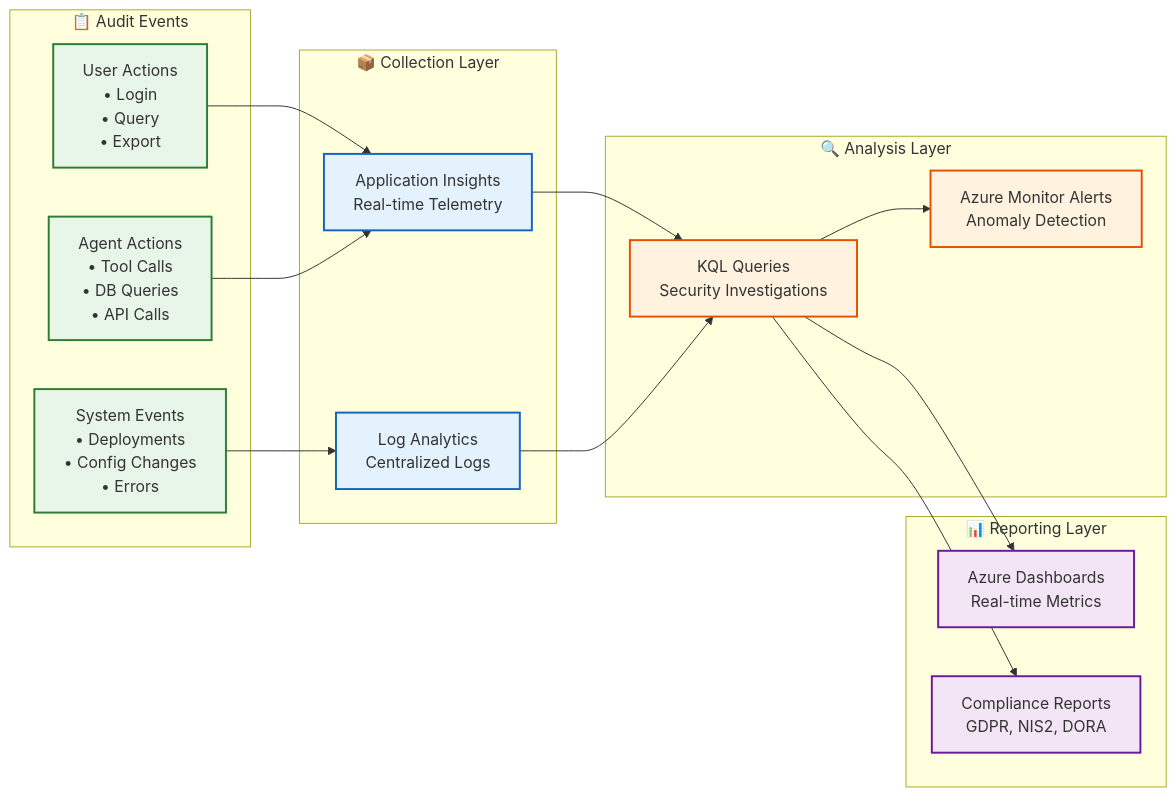
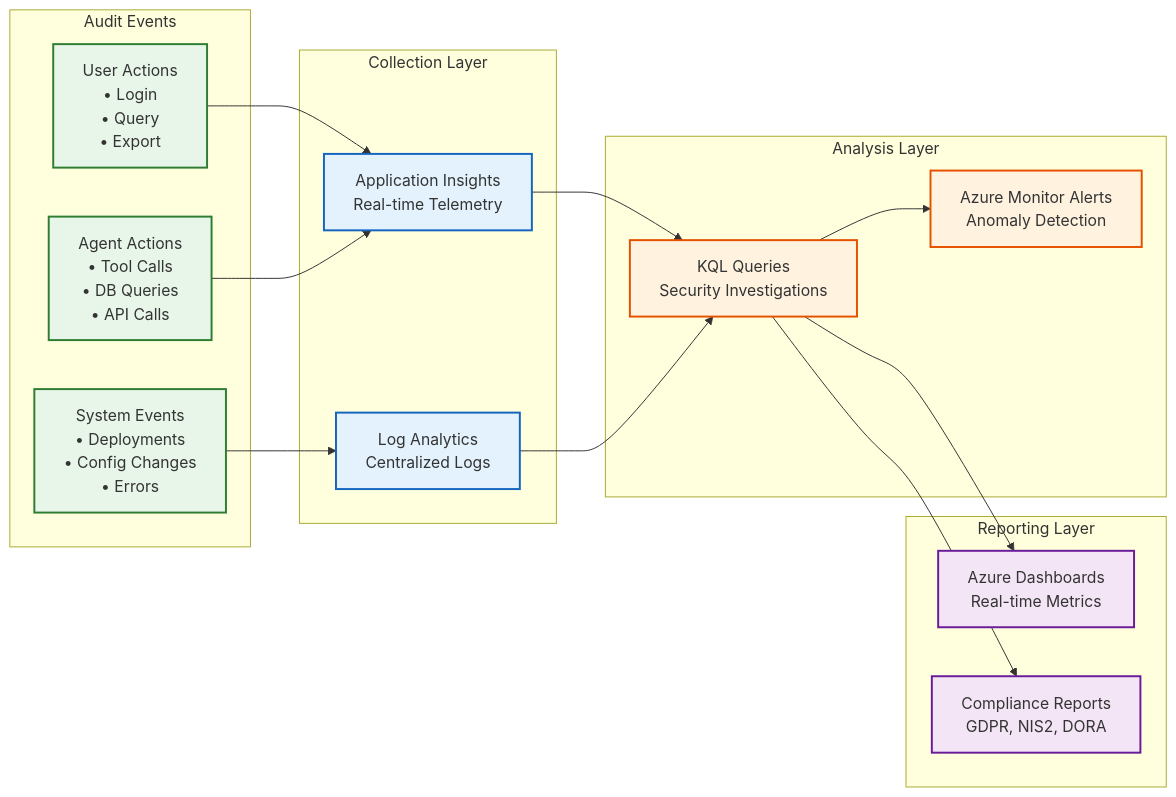
Before and after one commit to Px8Studio/adk-python: diagram 13 of 19 in backend/etl/docs/ARCHITECTURE_DNB_FUTURE.md, drawn with Mermaid. The commit also changed other lines of this file and 1 other file, not shown here.

````diff
--- a/backend/etl/docs/ARCHITECTURE_DNB_FUTURE.md
+++ b/backend/etl/docs/ARCHITECTURE_DNB_FUTURE.md
@@ -1085,44 +1014,44 @@
 ```mermaid
 graph LR
-    subgraph Events["📋 Audit Events"]
+    subgraph Events["Audit Events"]
         User_Action["User Actions<br/>• Login<br/>• Query<br/>• Export"]
         Agent_Action["Agent Actions<br/>• Tool Calls<br/>• DB Queries<br/>• API Calls"]
         System_Event["System Events<br/>• Deployments<br/>• Config Changes<br/>• Errors"]
     end
     
-    subgraph Collection["📦 Collection Layer"]
+    subgraph Collection["Collection Layer"]
         AppInsights["Application Insights<br/>Real-time Telemetry"]
         LogAnalytics["Log Analytics<br/>Centralized Logs"]
     end
     
-    subgraph Analysis["🔍 Analysis Layer"]
+    subgraph Analysis["Analysis Layer"]
         Queries["KQL Queries<br/>Security Investigations"]
         Alerts["Azure Monitor Alerts<br/>Anomaly Detection"]
     end
     
-    subgraph Reporting["📊 Reporting Layer"]
+    subgraph Reporting["Reporting Layer"]
         Dashboards["Azure Dashboards<br/>Real-time Metrics"]
         Compliance_Reports["Compliance Reports<br/>GDPR, NIS2, DORA"]
     end
     
     User_Action --> AppInsights
     Agent_Action --> AppInsights
     System_Event --> LogAnalytics
     
     AppInsights --> Queries
     LogAnalytics --> Queries
     Queries --> Alerts
     
     Queries --> Dashboards
     Queries --> Compliance_Reports
 
     classDef events fill:#e8f5e9,stroke:#2e7d32,stroke-width:2px
     classDef collection fill:#e3f2fd,stroke:#1565c0,stroke-width:2px
     classDef analysis fill:#fff3e0,stroke:#e65100,stroke-width:2px
     classDef reporting fill:#f3e5f5,stroke:#6a1b9a,stroke-width:2px
     
     class User_Action,Agent_Action,System_Event events
     class AppInsights,LogAnalytics collection
     class Queries,Alerts analysis
     class Dashboards,Compliance_Reports reporting
 ```
````
